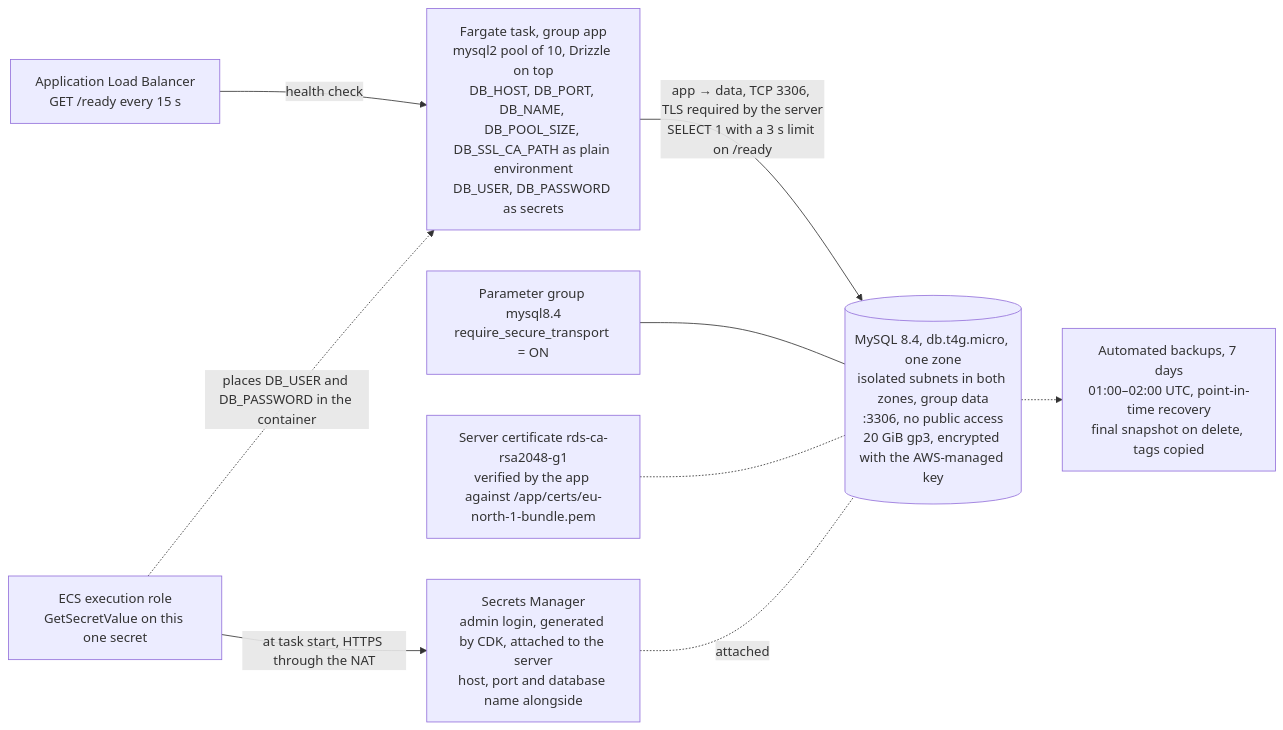
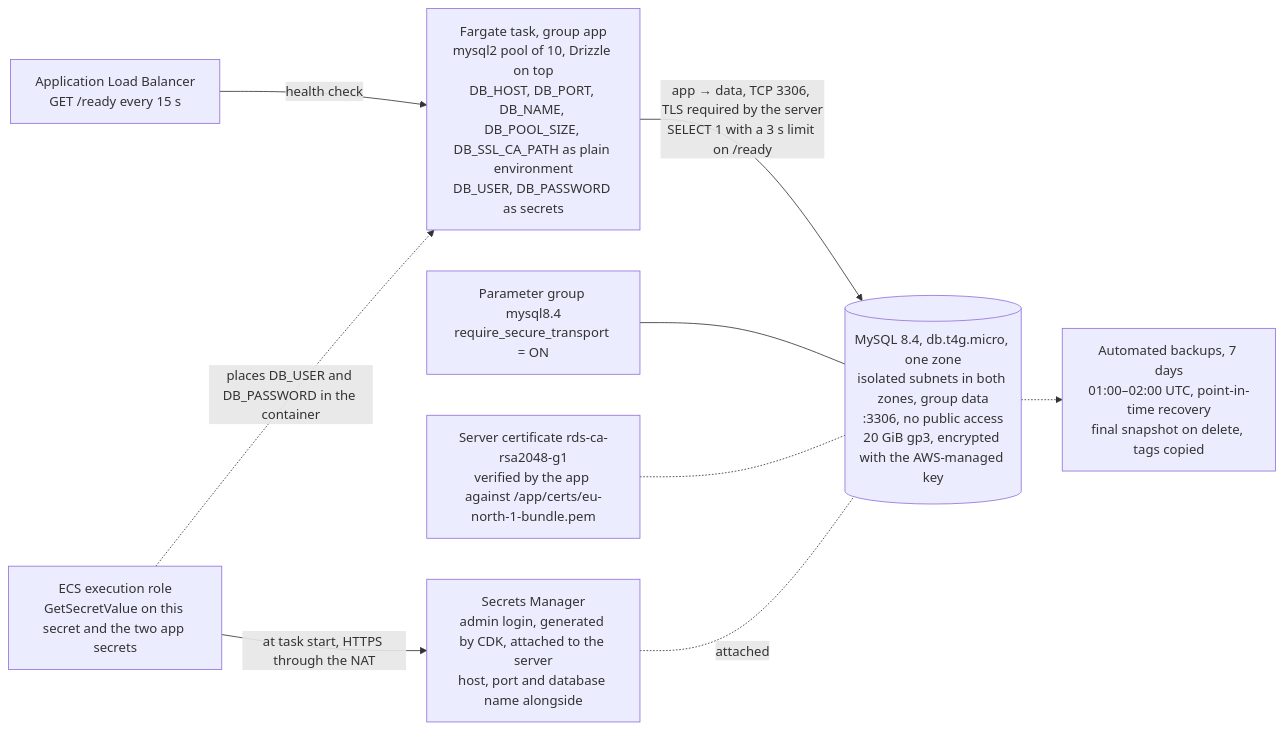
The fourth of 5 diagrams in docs/architecture.md (Buri1989/shopify-commerce-intelligence-platform), drawn with Mermaid before and after one commit. The commit also changed other lines of this file and 2 other files, not shown here.

Commit message:
Document the Shopify app, the secrets stack and the install path, and add the Task 3.1 conventions

````diff
--- a/docs/architecture.md
+++ b/docs/architecture.md
@@ -152,19 +152,19 @@
 ```mermaid
 flowchart LR
     alb["Application Load Balancer<br/>GET /ready every 15 s"]
     task["Fargate task, group app<br/>mysql2 pool of 10, Drizzle on top<br/>DB_HOST, DB_PORT, DB_NAME, DB_POOL_SIZE, DB_SSL_CA_PATH as plain environment<br/>DB_USER, DB_PASSWORD as secrets"]
     db[("MySQL 8.4, db.t4g.micro, one zone<br/>isolated subnets in both zones, group data<br/>:3306, no public access<br/>20 GiB gp3, encrypted with the AWS-managed key")]
     pg["Parameter group mysql8.4<br/>require_secure_transport = ON"]
     ca["Server certificate rds-ca-rsa2048-g1<br/>verified by the app against /app/certs/eu-north-1-bundle.pem"]
     secret["Secrets Manager<br/>admin login, generated by CDK, attached to the server<br/>host, port and database name alongside"]
-    exec["ECS execution role<br/>GetSecretValue on this one secret"]
+    exec["ECS execution role<br/>GetSecretValue on this secret and the two app secrets"]
     backups["Automated backups, 7 days<br/>01:00–02:00 UTC, point-in-time recovery<br/>final snapshot on delete, tags copied"]
     alb -->|"health check"| task
     task -->|"app → data, TCP 3306, TLS required by the server<br/>SELECT 1 with a 3 s limit on /ready"| db
     pg --- db
     ca -.- db
     exec -->|"at task start, HTTPS through the NAT"| secret
     exec -.->|"places DB_USER and DB_PASSWORD in the container"| task
     secret -.-|"attached"| db
     db -.-> backups
 ```
````
